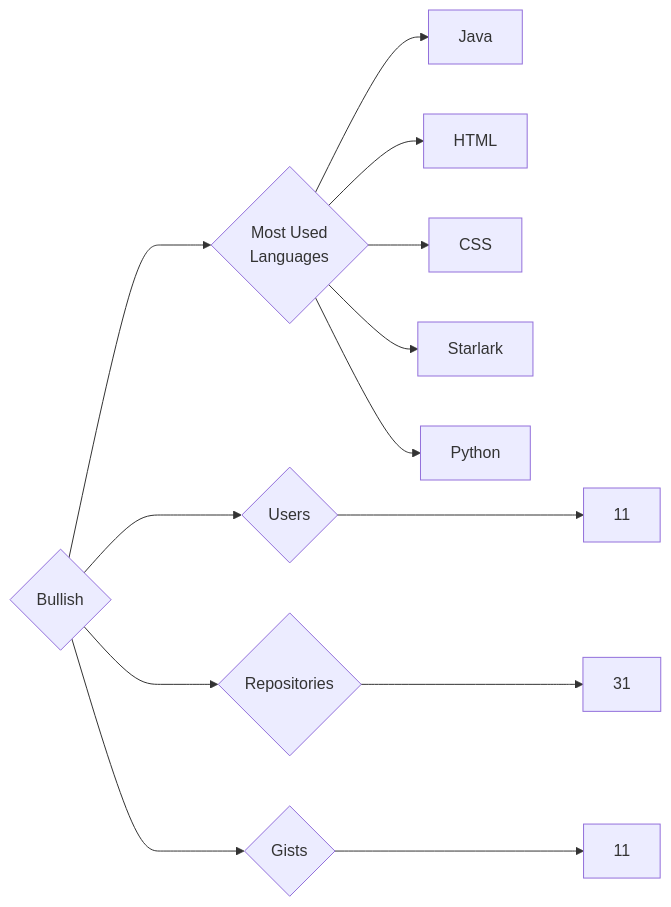
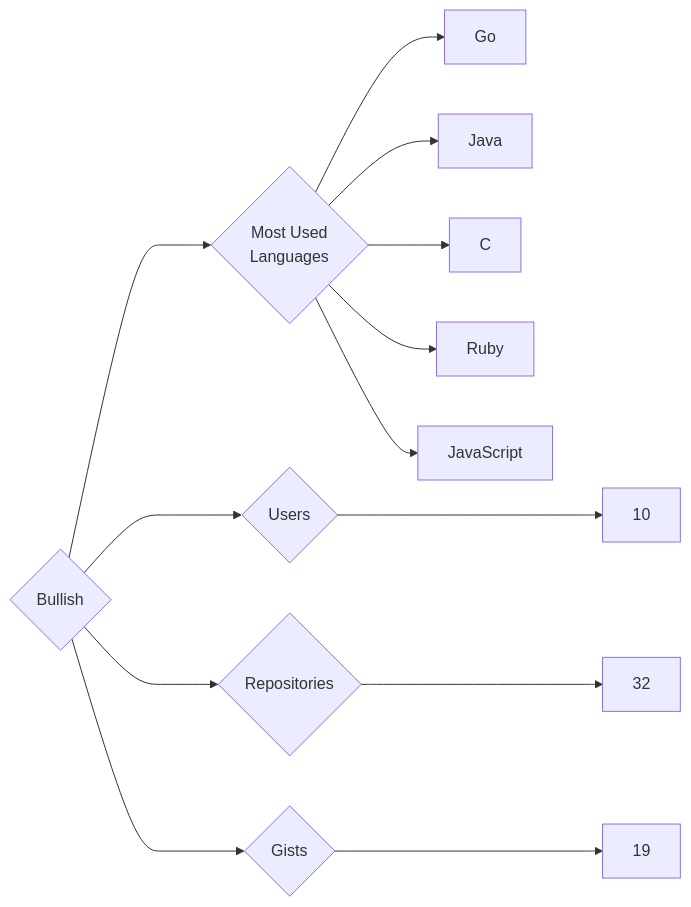
Before and after one commit to trickest/insiders: the diagram in targets/Bullish/README.md, drawn with Mermaid. The commit also changed 927 other files, not shown here.

````diff
--- a/targets/Bullish/README.md
+++ b/targets/Bullish/README.md
@@ -3,13 +3,13 @@
 ```mermaid
 graph LR
 COMPANY_NAME{Bullish}
-COMPANY_NAME ---> U{Users} ---> UN[11]
-COMPANY_NAME ---> R{Repositories} ---> RN[31]
-COMPANY_NAME ---> G{Gists} ---> GN[11]
+COMPANY_NAME ---> U{Users} ---> UN[10]
+COMPANY_NAME ---> R{Repositories} ---> RN[32]
+COMPANY_NAME ---> G{Gists} ---> GN[19]
 COMPANY_NAME ---> ML{Most Used<br>Languages}
+ML --> Go[Go]
 ML --> Java[Java]
-ML --> HTML[HTML]
-ML --> CSS[CSS]
-ML --> Starlark[Starlark]
-ML --> Python[Python]
+ML --> C[C]
+ML --> Ruby[Ruby]
+ML --> JavaScript[JavaScript]
 ```
````
